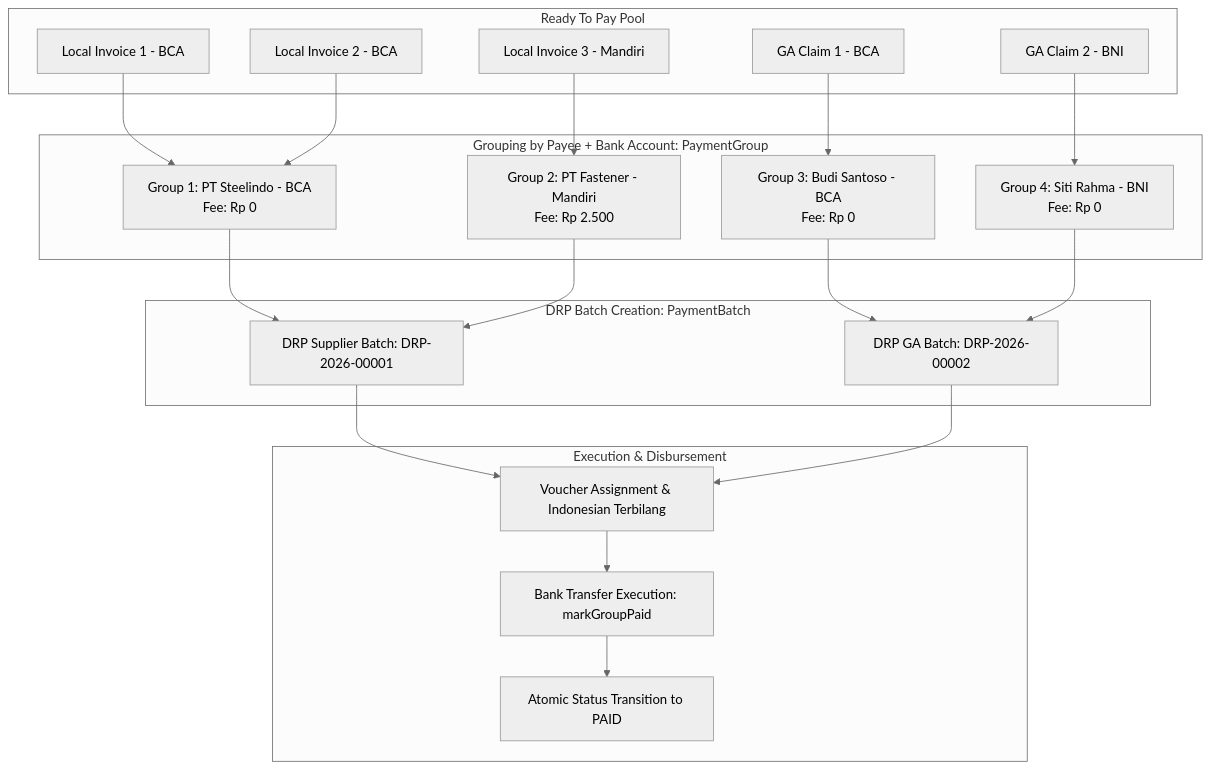
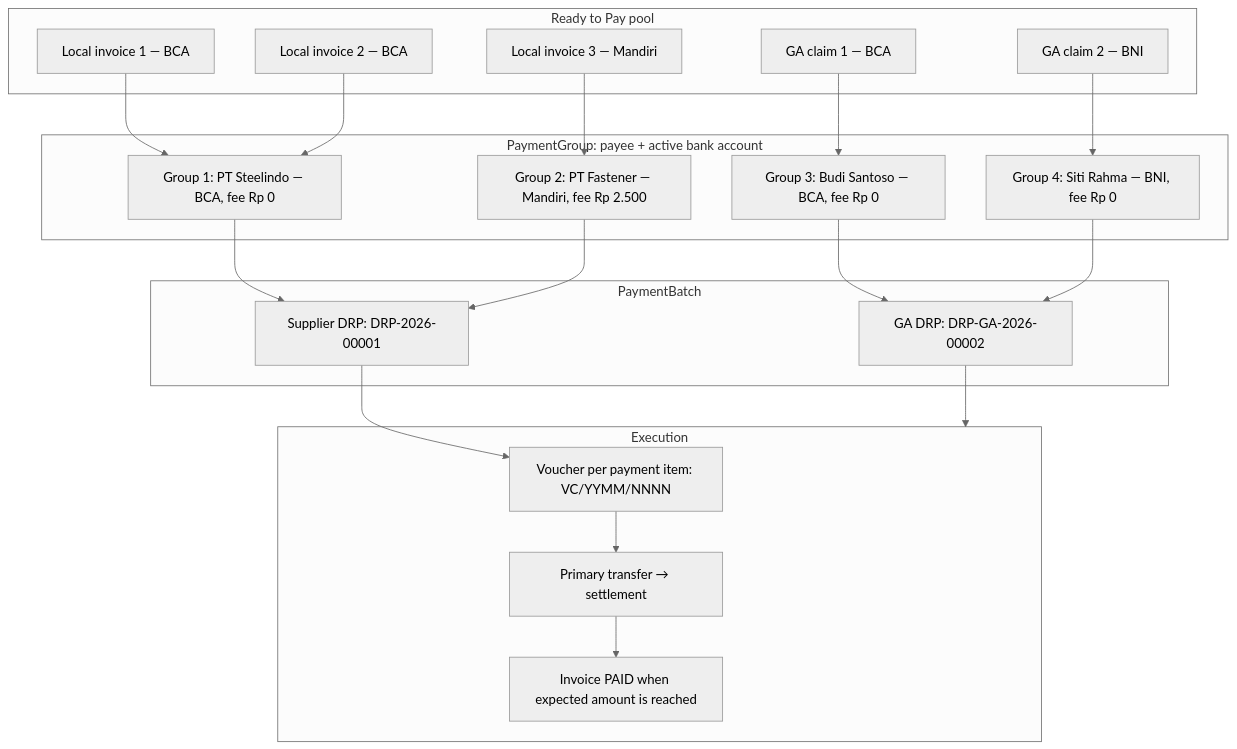
One commit to poyipoy/supplierportal changed the fourth of 5 diagrams in context.md. Above: the diagram before and after it, drawn with Mermaid (neutral theme). The commit also changed other lines of this file and 446 other files, not shown here.

First line of the commit message:
feat: supplier audit, native file security, background local PO/GR import, and portal updates

````diff
--- a/context.md
+++ b/context.md
@@ -253,40 +284,39 @@
 ```mermaid
 graph TD
-    subgraph ReadyToPayPool [Ready To Pay Pool]
-        Inv1[Local Invoice 1 - BCA]
-        Inv2[Local Invoice 2 - BCA]
-        Inv3[Local Invoice 3 - Mandiri]
-        Claim1[GA Claim 1 - BCA]
-        Claim2[GA Claim 2 - BNI]
+    subgraph ReadyToPayPool [Ready to Pay pool]
+        Inv1[Local invoice 1 — BCA]
+        Inv2[Local invoice 2 — BCA]
+        Inv3[Local invoice 3 — Mandiri]
+        Claim1[GA claim 1 — BCA]
+        Claim2[GA claim 2 — BNI]
     end
 
-    subgraph DRPBatchCreation [DRP Batch Creation: PaymentBatch]
-        BatchSupplier[DRP Supplier Batch: DRP-2026-00001]
-        BatchGA[DRP GA Batch: DRP-2026-00002]
+    subgraph Batches [PaymentBatch]
+        BatchSupplier[Supplier DRP: DRP-2026-00001]
+        BatchGA[GA DRP: DRP-GA-2026-00002]
     end
 
-    subgraph GroupingRules [Grouping by Payee + Bank Account: PaymentGroup]
-        Grp1[Group 1: PT Steelindo - BCA<br/>Fee: Rp 0]
-        Grp2[Group 2: PT Fastener - Mandiri<br/>Fee: Rp 2.500]
-        GrpGA1[Group 3: Budi Santoso - BCA<br/>Fee: Rp 0]
-        GrpGA2[Group 4: Siti Rahma - BNI<br/>Fee: Rp 0]
+    subgraph Groups [PaymentGroup: payee + active bank account]
+        Grp1[Group 1: PT Steelindo — BCA, fee Rp 0]
+        Grp2[Group 2: PT Fastener — Mandiri, fee Rp 2.500]
+        GrpGA1[Group 3: Budi Santoso — BCA, fee Rp 0]
+        GrpGA2[Group 4: Siti Rahma — BNI, fee Rp 0]
     end
 
-    subgraph ExecutionVoucher [Execution & Disbursement]
-        Voucher[Voucher Assignment & Indonesian Terbilang]
-        Transfer[Bank Transfer Execution: markGroupPaid]
-        FinalState[Atomic Status Transition to PAID]
+    subgraph Settlement [Execution]
+        Voucher[Voucher per payment item: VC/YYMM/NNNN]
+        Primary[Primary transfer → settlement]
+        Paid[Invoice PAID when expected amount is reached]
     end
 
     Inv1 & Inv2 --> Grp1
     Inv3 --> Grp2
     Grp1 & Grp2 --> BatchSupplier
 
     Claim1 --> GrpGA1
     Claim2 --> GrpGA2
     GrpGA1 & GrpGA2 --> BatchGA
 
-    BatchSupplier & BatchGA --> Voucher
-    Voucher --> Transfer
-    Transfer --> FinalState
+    BatchSupplier --> Voucher --> Primary --> Paid
+    BatchGA --> Settlement
 ```
````
